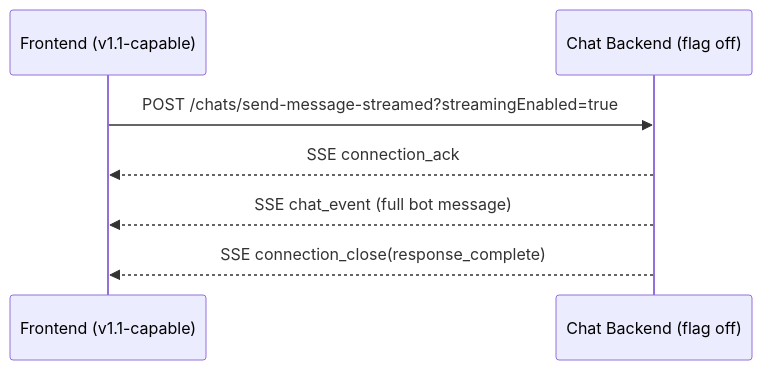
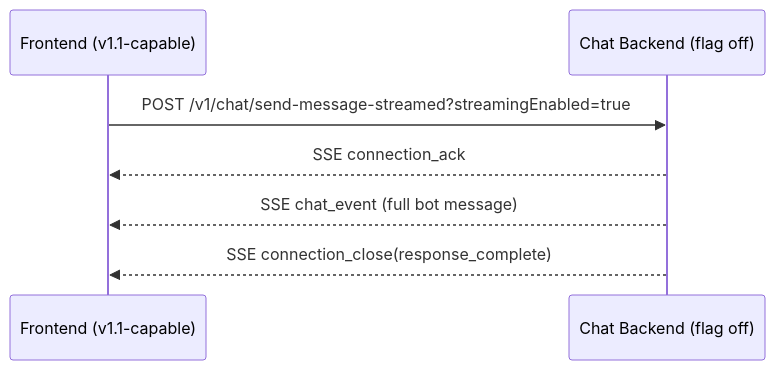
The second of 2 diagrams in chat_v1_1_incremental_streaming.md (sachin-hg/chat-demo), drawn with Mermaid before and after one commit. The commit also changed other lines of this file and 42 other files, not shown here.

````diff
--- a/chat_v1_1_incremental_streaming.md
+++ b/chat_v1_1_incremental_streaming.md
@@ -404,10 +404,10 @@
 ```mermaid
 sequenceDiagram
     participant FE as Frontend (v1.1-capable)
     participant BE as Chat Backend (flag off)
 
-    FE->>BE: POST /chats/send-message-streamed?streamingEnabled=true
+    FE->>BE: POST /v1/chat/send-message-streamed?streamingEnabled=true
     BE-->>FE: SSE connection_ack
     BE-->>FE: SSE chat_event (full bot message)
     BE-->>FE: SSE connection_close(response_complete)
 ```
````
